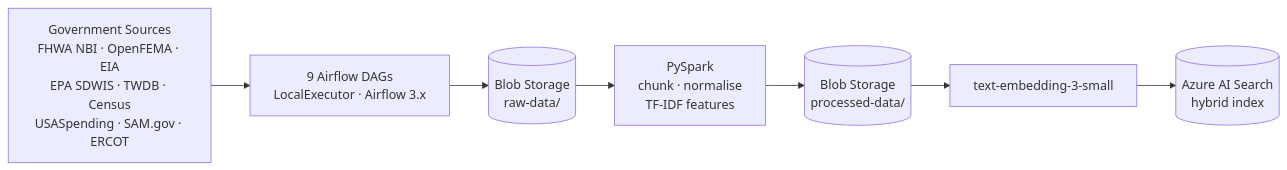
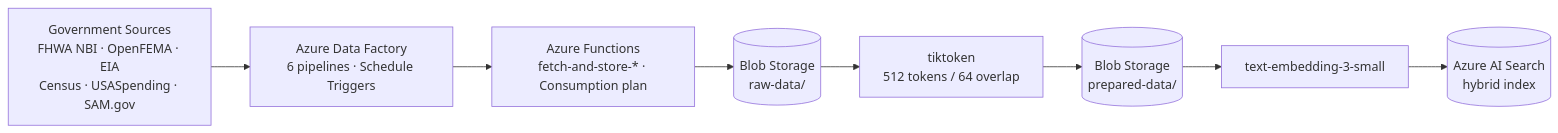
One commit to bitsbone/infra-advisor-ai changed the fourth of 6 diagrams in README.md. Above: the diagram before and after it, drawn with Mermaid. The commit also changed other lines of this file and 51 other files, not shown here.

First line of the commit message:
chore: remove leftover Airflow artifacts after the ADF migration

````diff
--- a/README.md
+++ b/README.md
@@ -84,12 +84,13 @@
 ```mermaid
 flowchart LR
-    Sources["Government Sources\nFHWA NBI · OpenFEMA · EIA\nEPA SDWIS · TWDB · Census\nUSASpending · SAM.gov · ERCOT"]
-    DAGs["9 Airflow DAGs\nLocalExecutor · Airflow 3.x"]
+    Sources["Government Sources\nFHWA NBI · OpenFEMA · EIA\nCensus · USASpending · SAM.gov"]
+    ADF["Azure Data Factory\n6 pipelines · Schedule Triggers"]
+    Fn["Azure Functions\nfetch-and-store-* · Consumption plan"]
     Raw[("Blob Storage\nraw-data/")]
-    Spark["PySpark\nchunk · normalise\nTF-IDF features"]
-    Processed[("Blob Storage\nprocessed-data/")]
+    Chunk["tiktoken\n512 tokens / 64 overlap"]
+    Processed[("Blob Storage\nprepared-data/")]
     Embed["text-embedding-3-small"]
     Index[("Azure AI Search\nhybrid index")]
 
-    Sources --> DAGs --> Raw --> Spark --> Processed --> Embed --> Index
+    Sources --> ADF --> Fn --> Raw --> Chunk --> Processed --> Embed --> Index
 ```
````
